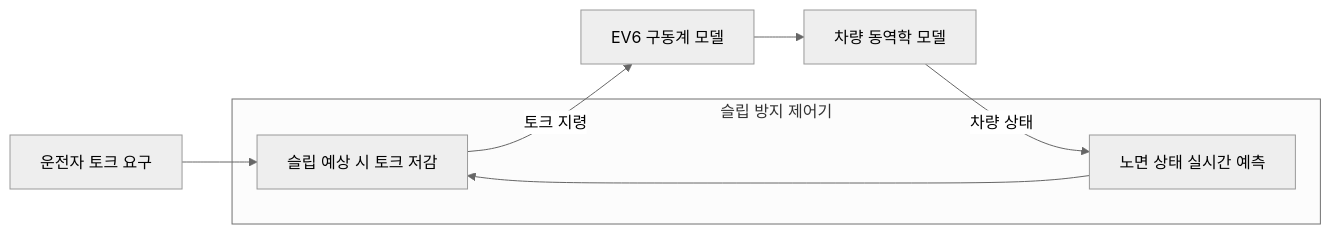
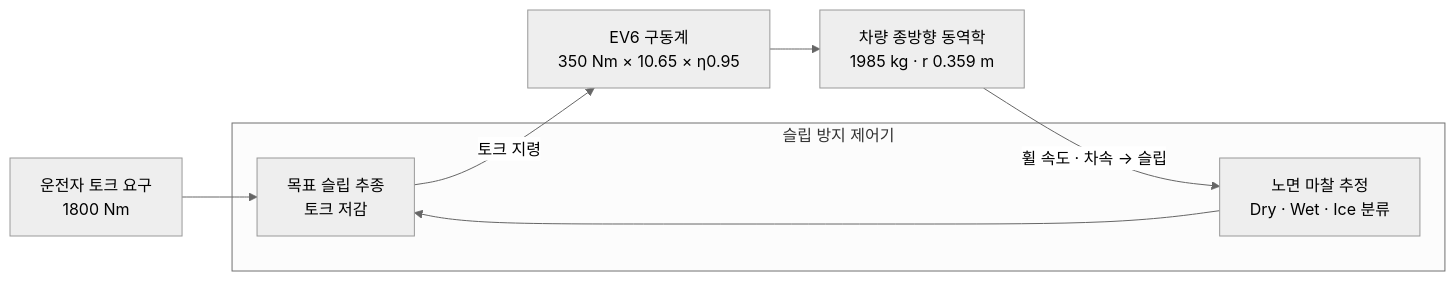
The diagram in README.md (ChoMinKyeong13/ChoMinKyeong13), drawn with Mermaid (neutral theme) before and after one commit. The commit also changed other lines of this file and 7 other files, not shown here.

````diff
--- a/README.md
+++ b/README.md
@@ -88,10 +88,10 @@
 ```mermaid
 flowchart LR
-    D["운전자 토크 요구"] --> C
+    D["운전자 토크 요구<br>1800 Nm"] --> C
     subgraph CTRL["슬립 방지 제어기"]
-      E["노면 상태 실시간 예측"] --> C["슬립 예상 시 토크 저감"]
+      E["노면 마찰 추정<br>Dry · Wet · Ice 분류"] --> C["목표 슬립 추종<br>토크 저감"]
     end
-    C -- "토크 지령" --> M["EV6 구동계 모델"]
-    M --> V["차량 동역학 모델"]
-    V -- "차량 상태" --> E
+    C -- "토크 지령" --> M["EV6 구동계<br>350 Nm × 10.65 × η0.95"]
+    M --> V["차량 종방향 동역학<br>1985 kg · r 0.359 m"]
+    V -- "휠 속도 · 차속 → 슬립" --> E
 ```
````
